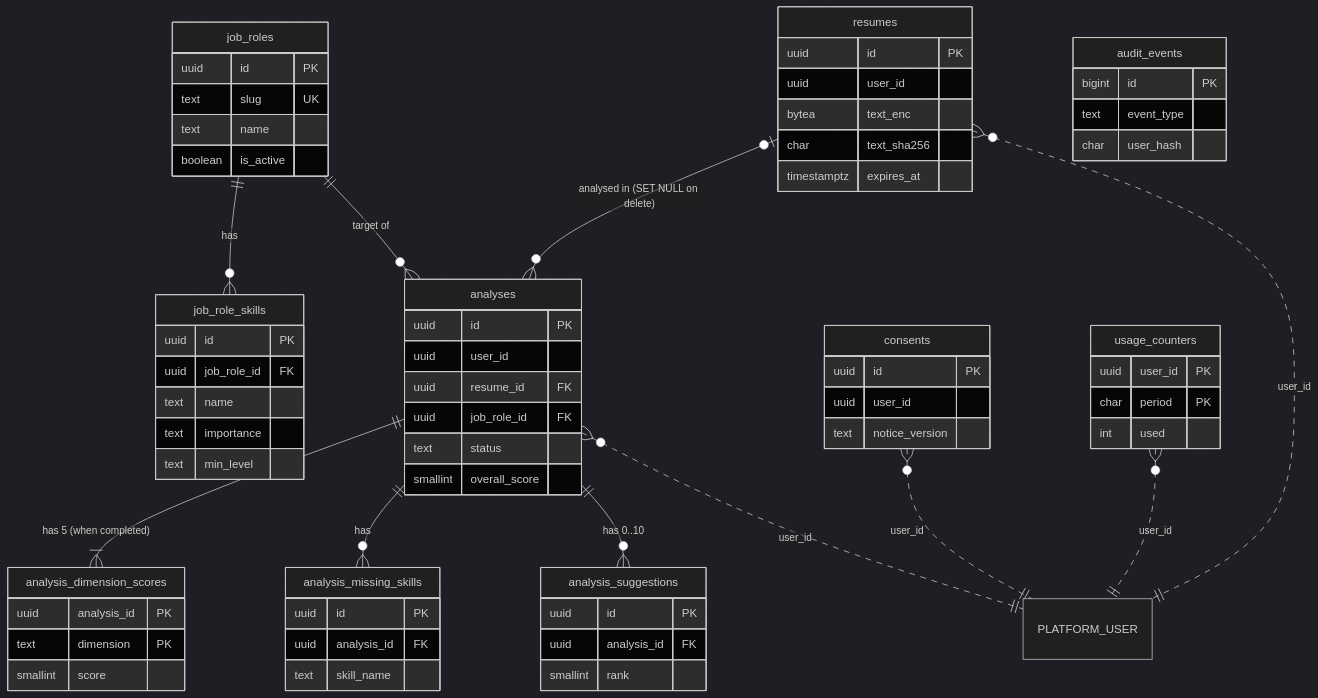
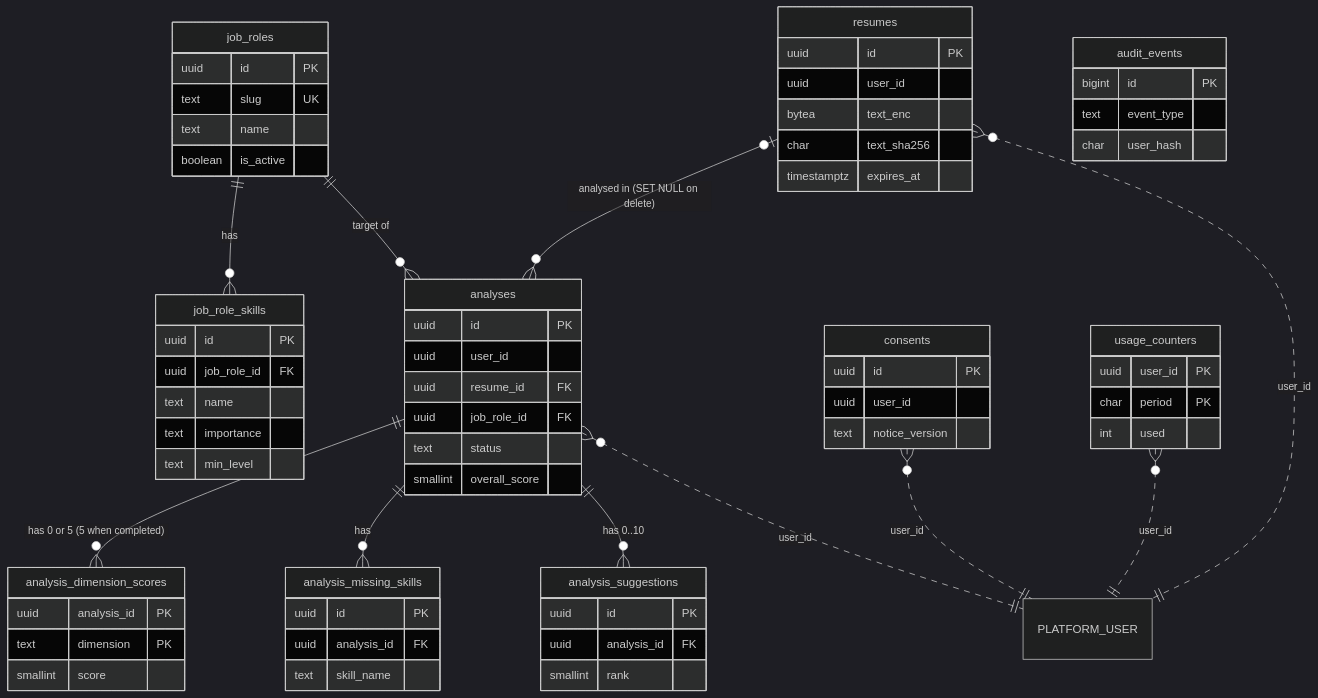
One commit to divii-school/spec-homework changed the ninth of 9 diagrams in vaishali/spec.md. Above: the diagram before and after it, drawn with Mermaid (dark theme). The commit also changed other lines of this file, not shown here.

Commit message:
close build-test gaps 22-44: consent on analyses, races, fonts, throttler keys, constants CFG-33-46 (v1.0)

````diff
--- a/vaishali/spec.md
+++ b/vaishali/spec.md
@@ -1083,72 +1110,72 @@
 ```mermaid
 erDiagram
   job_roles ||--o{ job_role_skills : "has"
   job_roles ||--o{ analyses : "target of"
   resumes |o--o{ analyses : "analysed in (SET NULL on delete)"
-  analyses ||--|{ analysis_dimension_scores : "has 5 (when completed)"
+  analyses ||--o{ analysis_dimension_scores : "has 0 or 5 (5 when completed)"
   analyses ||--o{ analysis_missing_skills : "has"
   analyses ||--o{ analysis_suggestions : "has 0..10"
   consents }o..|| PLATFORM_USER : "user_id"
   resumes }o..|| PLATFORM_USER : "user_id"
   analyses }o..|| PLATFORM_USER : "user_id"
   usage_counters }o..|| PLATFORM_USER : "user_id"
 
   job_roles {
     uuid id PK
     text slug UK
     text name
     boolean is_active
   }
   job_role_skills {
     uuid id PK
     uuid job_role_id FK
     text name
     text importance
     text min_level
   }
   consents {
     uuid id PK
     uuid user_id
     text notice_version
   }
   resumes {
     uuid id PK
     uuid user_id
     bytea text_enc
     char text_sha256
     timestamptz expires_at
   }
   analyses {
     uuid id PK
     uuid user_id
     uuid resume_id FK
     uuid job_role_id FK
     text status
     smallint overall_score
   }
   analysis_dimension_scores {
     uuid analysis_id PK
     text dimension PK
     smallint score
   }
   analysis_missing_skills {
     uuid id PK
     uuid analysis_id FK
     text skill_name
   }
   analysis_suggestions {
     uuid id PK
     uuid analysis_id FK
     smallint rank
   }
   usage_counters {
     uuid user_id PK
     char period PK
     int used
   }
   audit_events {
     bigint id PK
     text event_type
     char user_hash
   }
 ```
````
